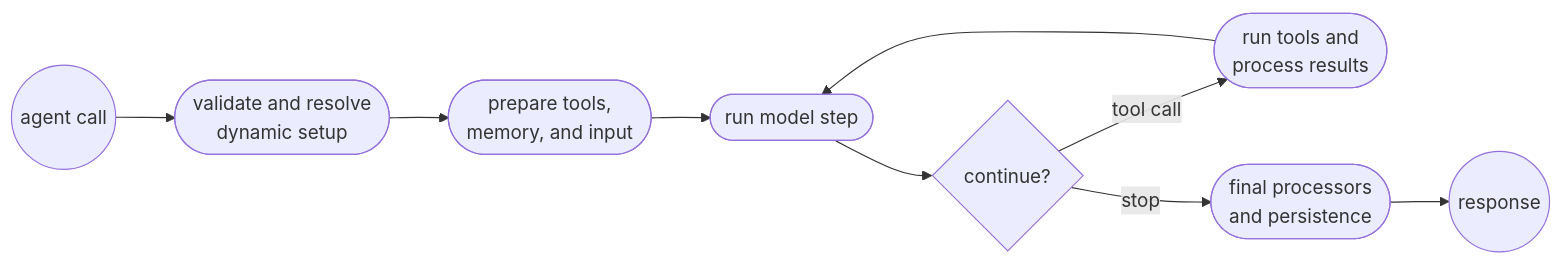
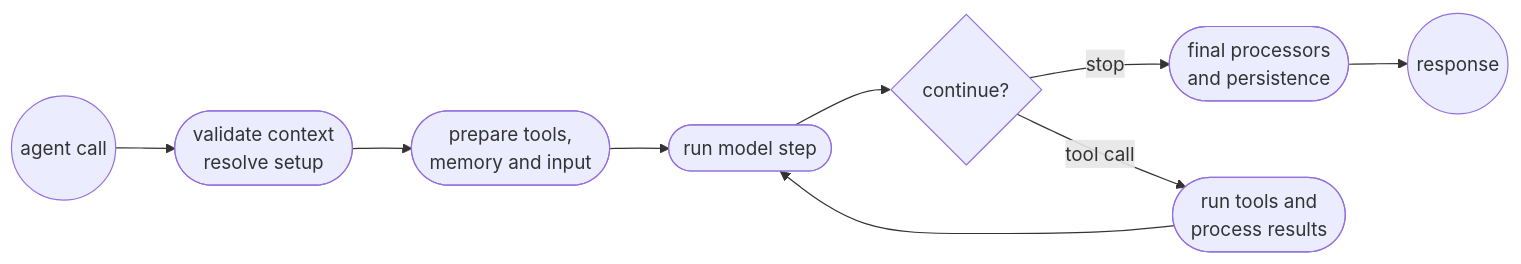
Before and after one commit to mastra-ai/mastra: the diagram in docs/src/content/en/docs/guides/agent-lifecycle.mdx, drawn with Mermaid. The commit also changed other lines of this file, not shown here.

Commit message:
docs: address agent lifecycle review
Declare the Mermaid completion path first for stable layout and align the RequestContext example with its non-optional tool execution contract.\n\nCo-Authored-By: Mastra Code (openai/gpt-5.6-sol) <noreply@mastra.ai>

````diff
--- a/docs/src/content/en/docs/guides/agent-lifecycle.mdx
+++ b/docs/src/content/en/docs/guides/agent-lifecycle.mdx
@@ -16,13 +16,13 @@
 ```mermaid
 flowchart LR
   accTitle: Lifecycle of a Mastra agent run
   accDescr: A caller supplies request context, Mastra validates and prepares the run, then repeats model and tool work until a stop condition is reached before finalizing the response.
-  caller((agent call)) --> setup([validate and resolve<br/>dynamic setup])
-  setup --> prepare([prepare tools,<br/>memory, and input])
+  caller((agent call)) --> setup([validate context<br/>resolve setup])
+  setup --> prepare([prepare tools,<br/>memory and input])
   prepare --> model([run model step])
   model --> decision{continue?}
+  decision -->|stop| final([final processors<br/>and persistence])
+  final --> response((response))
   decision -->|tool call| tools([run tools and<br/>process results])
   tools --> model
-  decision -->|stop| final([final processors<br/>and persistence])
-  final --> response((response))
 ```
````
